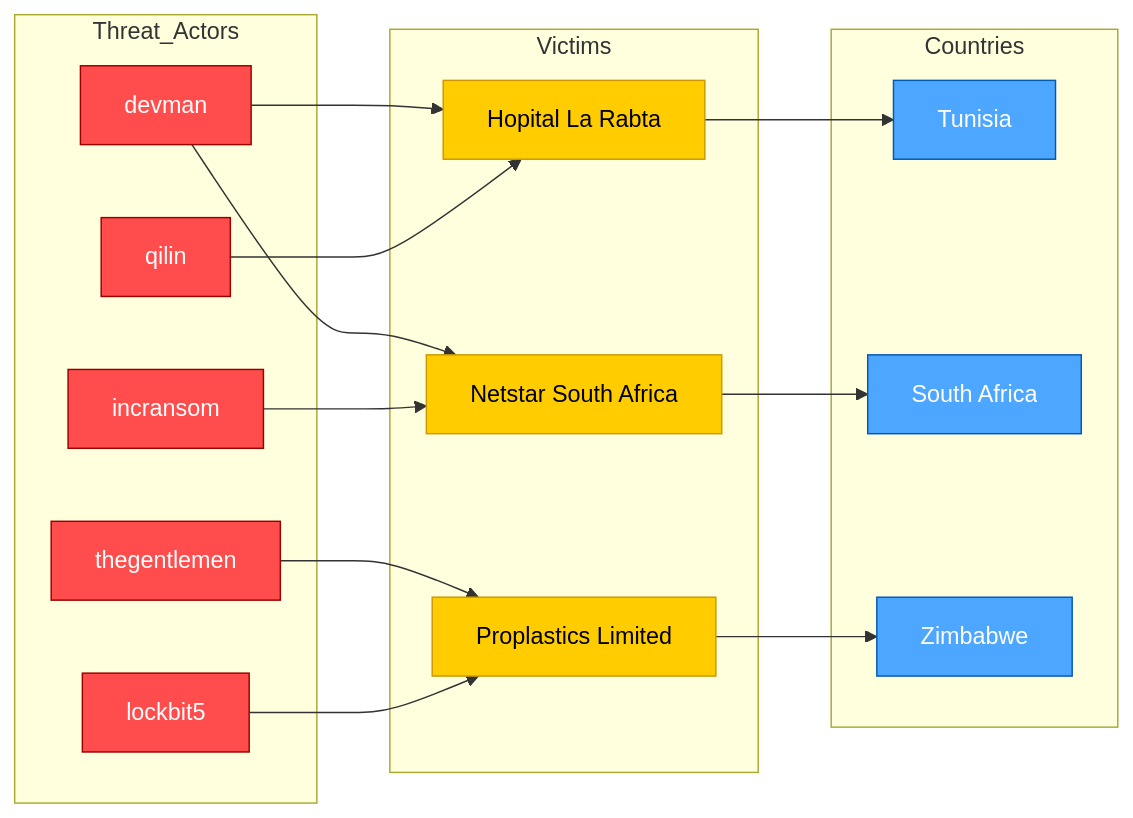
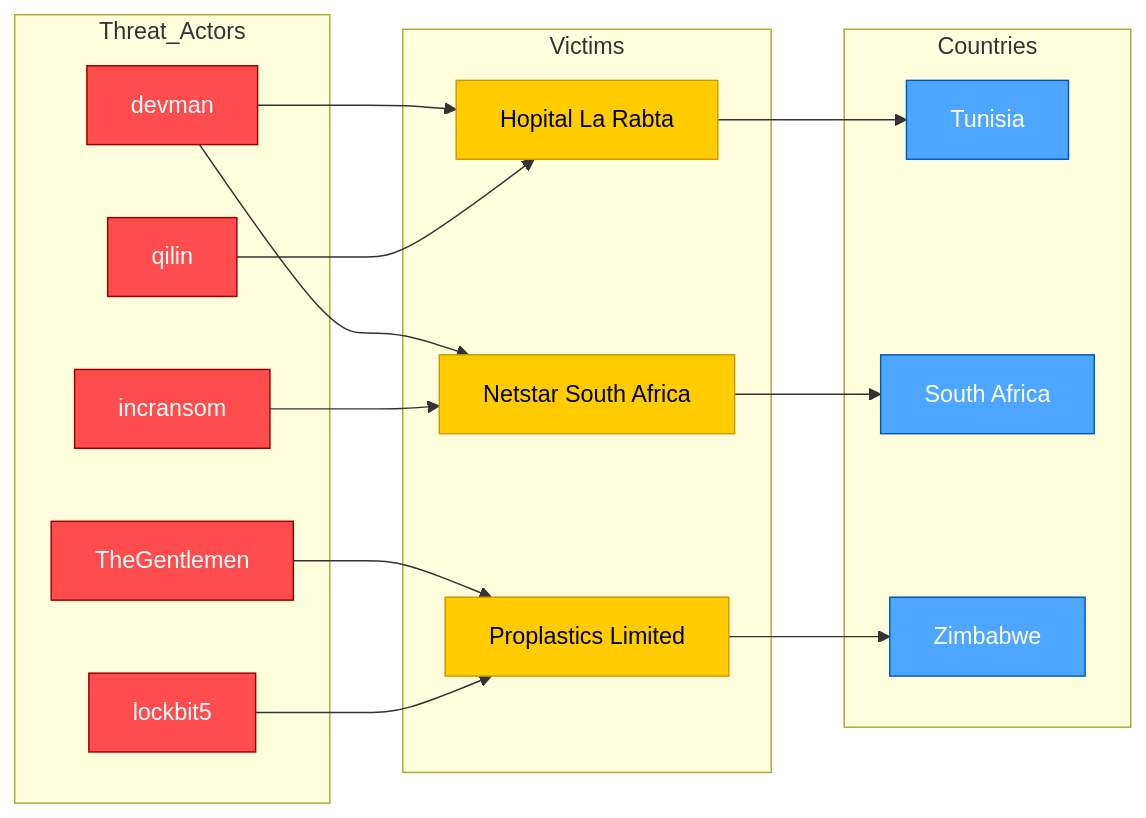
The diagram in visual-intelligence/02-february/double-claims_2025.md (Hatchepsoute/AFRINTEL), drawn with Mermaid before and after one commit. The commit also changed other lines of this file and 83 other files, not shown here.

````diff
--- a/visual-intelligence/02-february/double-claims_2025.md
+++ b/visual-intelligence/02-february/double-claims_2025.md
@@ -5,44 +5,44 @@
 ```mermaid
 flowchart LR
 
 classDef actor fill:#ff4d4d,stroke:#990000,color:#fff
 classDef victim fill:#ffcc00,stroke:#cc9900,color:#000
 classDef country fill:#4da6ff,stroke:#0059b3,color:#fff
 
 subgraph Threat_Actors
 A1[devman]
 A2[qilin]
 A3[incransom]
-A4[thegentlemen]
+A4[TheGentlemen]
 A5[lockbit5]
 end
 
 subgraph Victims
 V1[Hopital La Rabta]
 V2[Netstar South Africa]
 V3[Proplastics Limited]
 end
 
 subgraph Countries
 C1[Tunisia]
 C2[South Africa]
 C3[Zimbabwe]
 end
 
 A1 --> V1
 A2 --> V1
 
 A1 --> V2
 A3 --> V2
 
 A4 --> V3
 A5 --> V3
 
 V1 --> C1
 V2 --> C2
 V3 --> C3
 
 class A1,A2,A3,A4,A5 actor
 class V1,V2,V3 victim
 class C1,C2,C3 country
 ```
````
